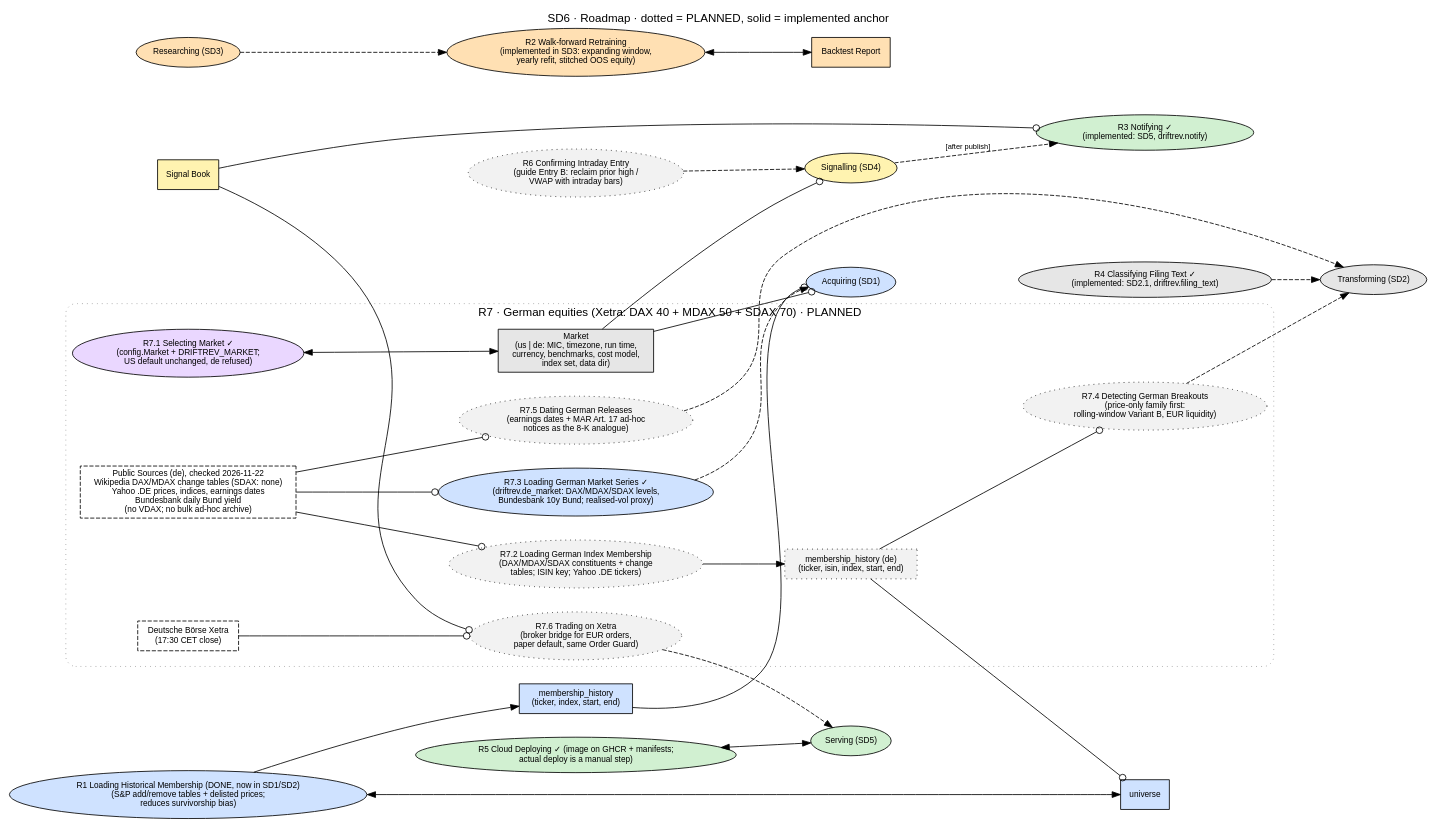
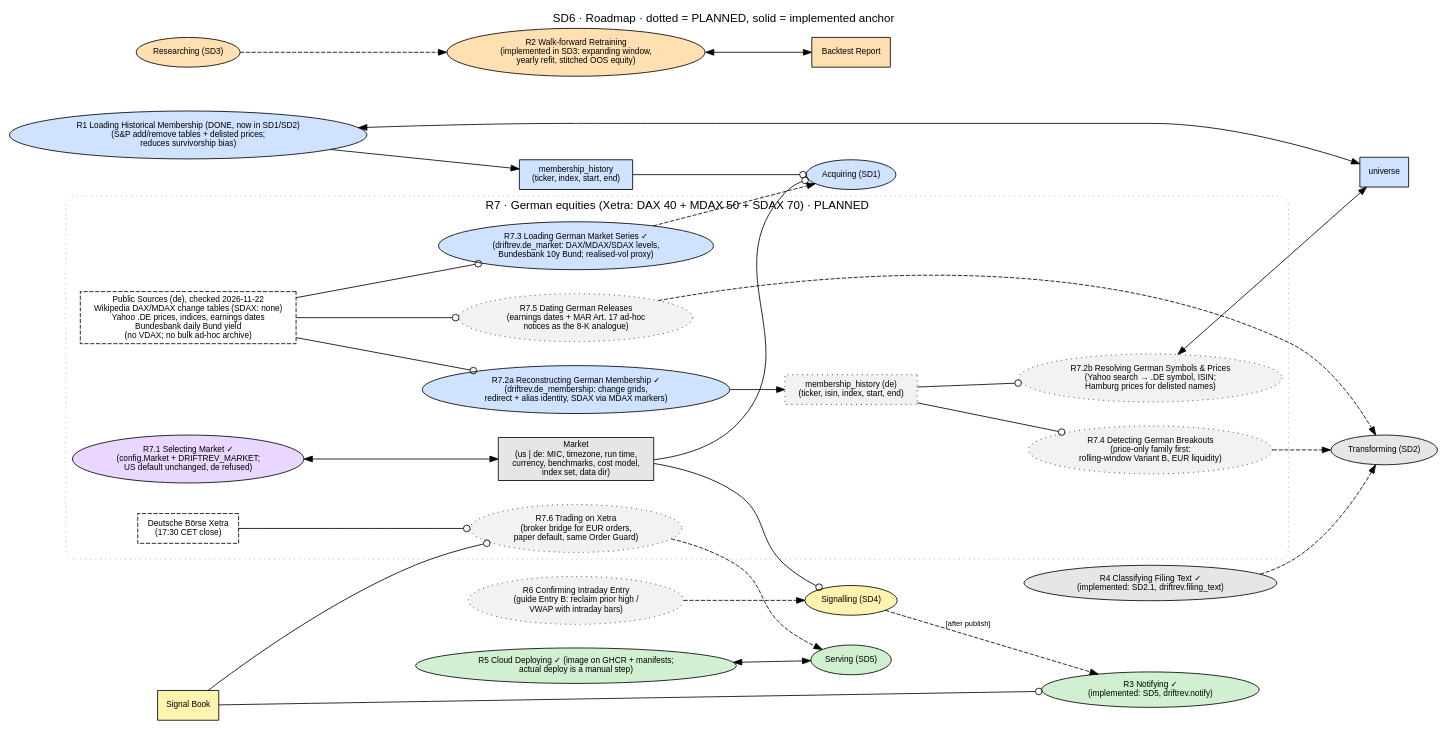
Before and after one commit to witold-andelie/stock_analysis_wentao: the diagram in project/docs/architecture/opm/SD6_roadmap.dot, drawn with Graphviz. The commit also changed 11 other files, not shown here.

First line of the commit message:
R7.2a Reconstructing German index membership (DAX, MDAX, SDAX)

```diff
--- a/project/docs/architecture/opm/SD6_roadmap.dot
+++ b/project/docs/architecture/opm/SD6_roadmap.dot
@@ -1,58 +1,59 @@
 // SD6 · Roadmap: PLANNED processes (dotted) and where they attach to the implemented model.
 // Rule: a planned thing becomes solid only when its code, test and OPL sentence land together.
 digraph SD6 {
   graph [rankdir=LR, fontname="Helvetica", fontsize=14, labelloc=t, nodesep=0.4, ranksep=0.8,
          label="SD6 · Roadmap · dotted = PLANNED, solid = implemented anchor"];
   node  [fontname="Helvetica", fontsize=10, style=filled, fillcolor="#e6e6e6"];
   edge  [fontname="Helvetica", fontsize=9];
 
   // implemented anchors
   acquiring    [shape=ellipse, fillcolor="#cfe2ff", label="Acquiring (SD1)"];
   transforming [shape=ellipse, label="Transforming (SD2)"];
   researching  [shape=ellipse, fillcolor="#ffe0b3", label="Researching (SD3)"];
   signalling   [shape=ellipse, fillcolor="#fff3b0", label="Signalling (SD4)"];
   serving      [shape=ellipse, fillcolor="#d1f0d1", label="Serving (SD5)"];
   universe     [shape=box, fillcolor="#cfe2ff", label="universe"];
   report       [shape=box, fillcolor="#ffe0b3", label="Backtest Report"];
   book         [shape=box, fillcolor="#fff3b0", label="Signal Book"];
 
   // planned things
   r1 [shape=ellipse, fillcolor="#cfe2ff", label="R1 Loading Historical Membership (DONE, now in SD1/SD2)\n(S&P add/remove tables + delisted prices;\nreduces survivorship bias)"];
   r1o [shape=box, fillcolor="#cfe2ff", label="membership_history\n(ticker, index, start, end)"];
   r2 [shape=ellipse, style="filled", fillcolor="#ffe0b3", label="R2 Walk-forward Retraining\n(implemented in SD3: expanding window,\nyearly refit, stitched OOS equity)"];
   r3 [shape=ellipse, fillcolor="#d1f0d1", label="R3 Notifying ✓\n(implemented: SD5, driftrev.notify)"];
   r4 [shape=ellipse, fillcolor="#e6e6e6", label="R4 Classifying Filing Text ✓\n(implemented: SD2.1, driftrev.filing_text)"];
   r5 [shape=ellipse, fillcolor="#d1f0d1", label="R5 Cloud Deploying ✓ (image on GHCR + manifests;\nactual deploy is a manual step)"];
   r6 [shape=ellipse, style="filled,dotted", fillcolor="#f2f2f2", label="R6 Confirming Intraday Entry\n(guide Entry B: reclaim prior high /\nVWAP with intraday bars)"];
 
   r1 -> r1o; r1o -> acquiring [arrowhead=odot]; r1 -> universe [dir=both];
   researching -> r2 [style=dashed]; r2 -> report [dir=both];
   signalling -> r3 [style=dashed, label="[after publish]"]; book -> r3 [arrowhead=odot];
   r4 -> transforming [style=dashed];
   r5 -> serving [dir=both];
   r6 -> signalling [style=dashed];
 
   // R7 · German equities on Deutsche Börse Xetra (DAX + MDAX + SDAX). Order of delivery: R7.1 → R7.6.
   subgraph cluster_r7 {
     label="R7 · German equities (Xetra: DAX 40 + MDAX 50 + SDAX 70) · PLANNED"; style="rounded,dotted"; color="#999999";
     node [style="filled,dotted", fillcolor="#f2f2f2"];
     market   [shape=box, style=filled, fillcolor="#e6e6e6", label="Market\n(us | de: MIC, timezone, run time,\ncurrency, benchmarks, cost model,\nindex set, data dir)"];
     r71 [shape=ellipse, style=filled, fillcolor="#ead7ff", label="R7.1 Selecting Market ✓\n(config.Market + DRIFTREV_MARKET;\nUS default unchanged, de refused)"];
-    r72 [shape=ellipse, label="R7.2 Loading German Index Membership\n(DAX/MDAX/SDAX constituents + change\ntables; ISIN key; Yahoo .DE tickers)"];
+    r72 [shape=ellipse, style=filled, fillcolor="#cfe2ff", label="R7.2a Reconstructing German Membership ✓\n(driftrev.de_membership: change grids,\nredirect + alias identity, SDAX via MDAX markers)"];
+    r72b [shape=ellipse, label="R7.2b Resolving German Symbols & Prices\n(Yahoo search → .DE symbol, ISIN;\nHamburg prices for delisted names)"];
     r72o [shape=box, label="membership_history (de)\n(ticker, isin, index, start, end)"];
     r73 [shape=ellipse, style=filled, fillcolor="#cfe2ff", label="R7.3 Loading German Market Series ✓\n(driftrev.de_market: DAX/MDAX/SDAX levels,\nBundesbank 10y Bund; realised-vol proxy)"];
     r74 [shape=ellipse, label="R7.4 Detecting German Breakouts\n(price-only family first:\nrolling-window Variant B, EUR liquidity)"];
     r75 [shape=ellipse, label="R7.5 Dating German Releases\n(earnings dates + MAR Art. 17 ad-hoc\nnotices as the 8-K analogue)"];
     r76 [shape=ellipse, label="R7.6 Trading on Xetra\n(broker bridge for EUR orders,\npaper default, same Order Guard)"];
     xetra [shape=box, style="filled,dashed", fillcolor="#ffffff", label="Deutsche Börse Xetra\n(17:30 CET close)"];
     srcs  [shape=box, style="filled,dashed", fillcolor="#ffffff", label="Public Sources (de), checked 2026-11-22\nWikipedia DAX/MDAX change tables (SDAX: none)\nYahoo .DE prices, indices, earnings dates\nBundesbank daily Bund yield\n(no VDAX; no bulk ad-hoc archive)"];
   }
 
   r71 -> market [dir=both];
   market -> acquiring [arrowhead=odot]; market -> signalling [arrowhead=odot];
-  srcs -> r72 [arrowhead=odot]; r72 -> r72o; r72o -> universe [arrowhead=odot];
+  srcs -> r72 [arrowhead=odot]; r72 -> r72o; r72o -> r72b [arrowhead=odot]; r72b -> universe [dir=both];
   srcs -> r73 [arrowhead=odot]; r73 -> acquiring [style=dashed];
   r72o -> r74 [arrowhead=odot]; r74 -> transforming [style=dashed];
   srcs -> r75 [arrowhead=odot]; r75 -> transforming [style=dashed];
   book -> r76 [arrowhead=odot]; xetra -> r76 [arrowhead=odot]; r76 -> serving [style=dashed];
 }
```
